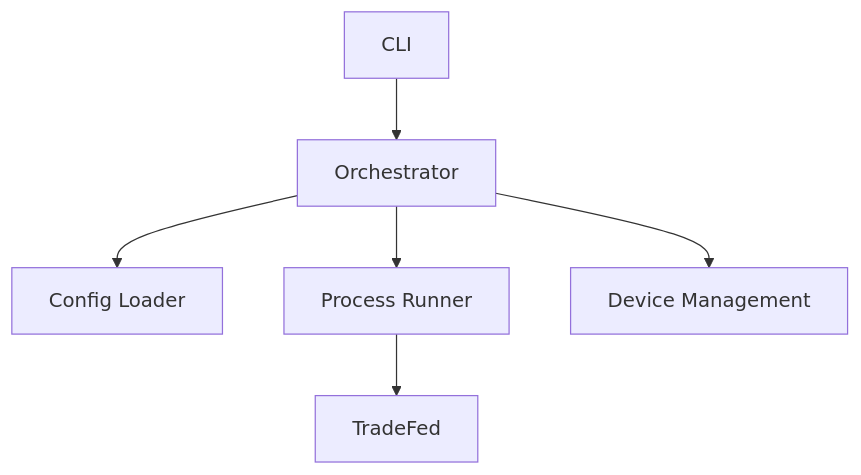
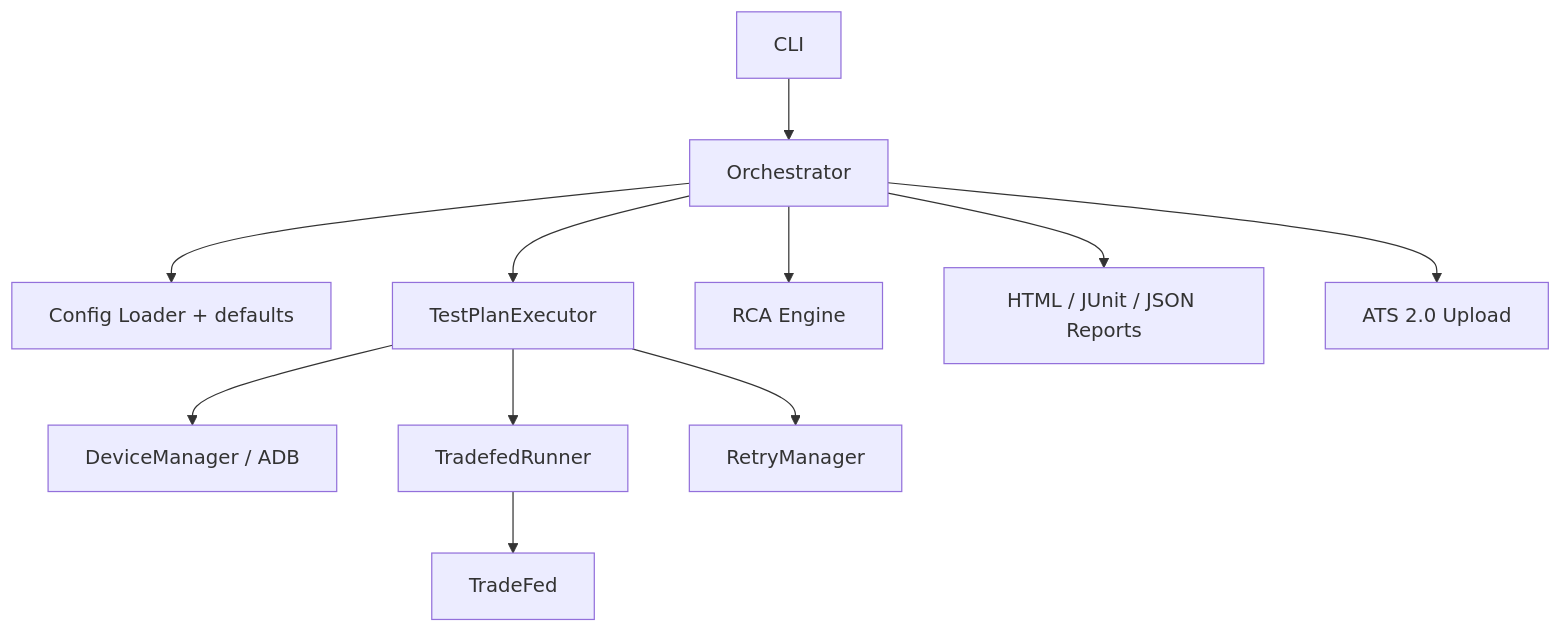
The diagram in README.md (hemangpandhi/xTS-Agent), drawn with Mermaid before and after one commit. The commit also changed other lines of this file and 93 other files, not shown here.

````diff
--- a/README.md
+++ b/README.md
@@ -17,8 +17,13 @@
 ```mermaid
 graph TD
     A[CLI] --> B[Orchestrator]
-    B --> C[Config Loader]
-    B --> D[Process Runner]
-    B --> E[Device Management]
-    D --> F[TradeFed]
+    B --> C[Config Loader + defaults]
+    B --> D[TestPlanExecutor]
+    D --> E[DeviceManager / ADB]
+    D --> F[TradefedRunner]
+    F --> G[TradeFed]
+    D --> H[RetryManager]
+    B --> I[RCA Engine]
+    B --> J[HTML / JUnit / JSON Reports]
+    B --> K[ATS 2.0 Upload]
 ```
````
